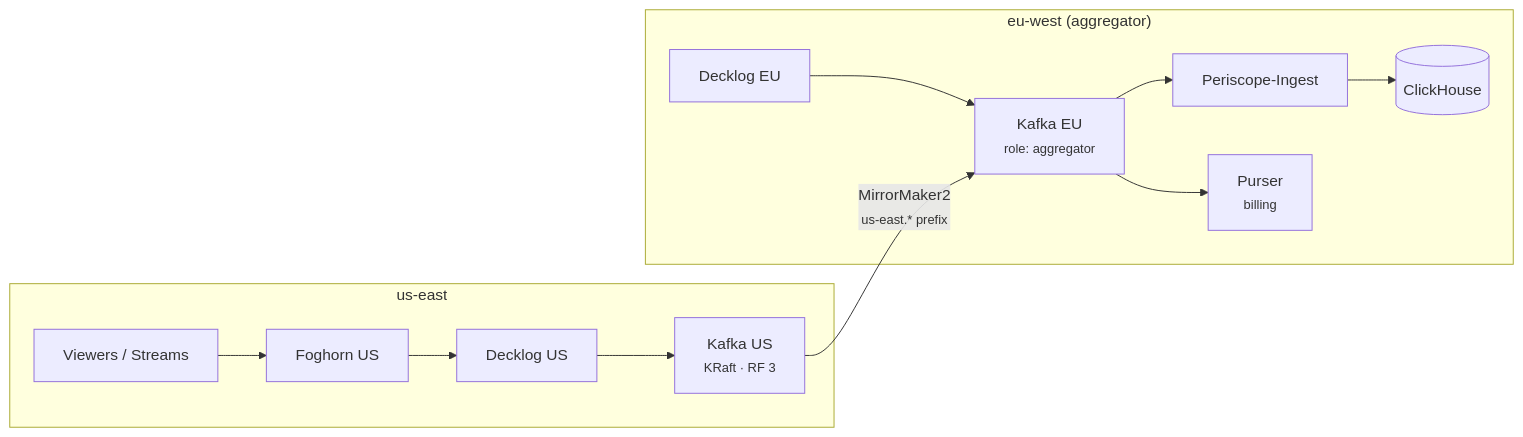
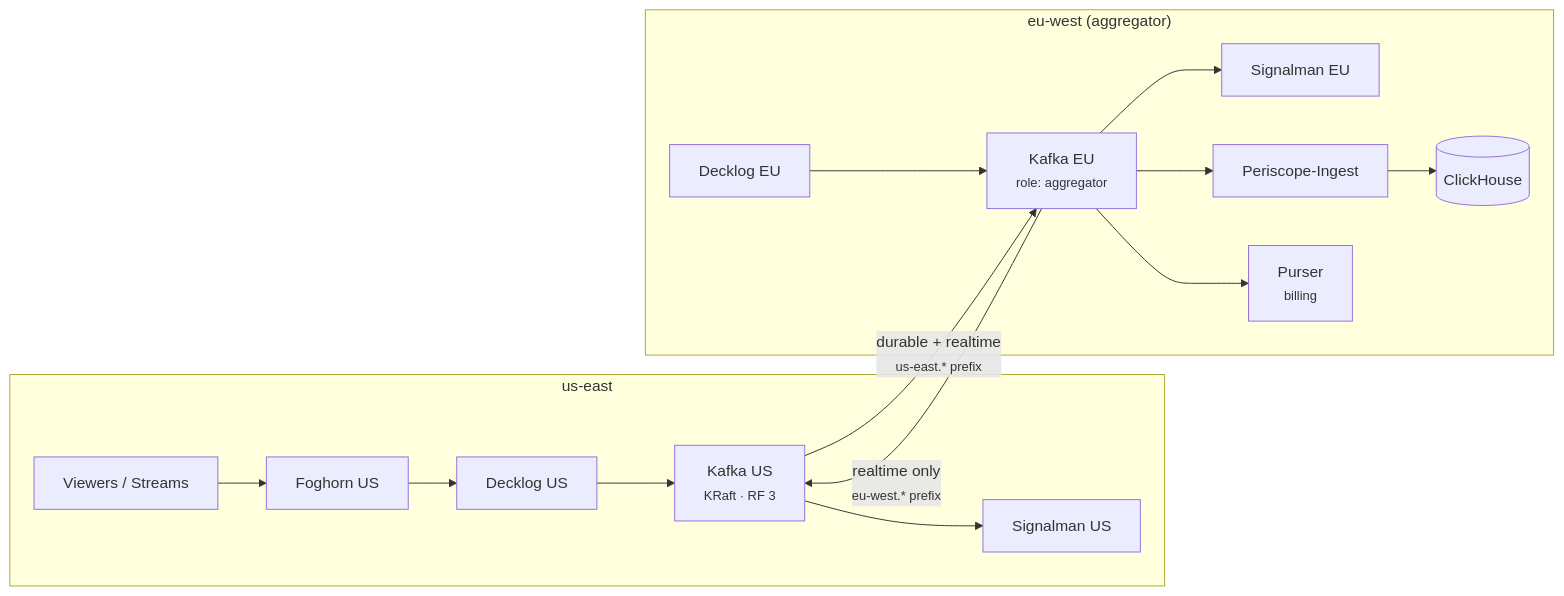
Before and after one commit to Livepeer-FrameWorks/monorepo: the diagram in website_docs/src/content/docs/blog/going-multi-region.mdx, drawn with Mermaid. The commit also changed other lines of this file and 539 other files, not shown here.

````diff
--- a/website_docs/src/content/docs/blog/going-multi-region.mdx
+++ b/website_docs/src/content/docs/blog/going-multi-region.mdx
@@ -32,15 +40,18 @@
 ```mermaid
 graph LR
     subgraph "us-east"
         USV["Viewers / Streams"] --> USF["Foghorn US"]
         USF --> USD["Decklog US"]
         USD --> USK["Kafka US<br/><small>KRaft · RF 3</small>"]
+        USK --> USS["Signalman US"]
     end
     subgraph "eu-west (aggregator)"
         EUD["Decklog EU"] --> EUK["Kafka EU<br/><small>role: aggregator</small>"]
-        USK -- "MirrorMaker2<br/><small>us-east.* prefix</small>" --> EUK
+        EUK --> EUS["Signalman EU"]
         EUK --> PI["Periscope-Ingest"]
         PI --> CH[("ClickHouse")]
         EUK --> PUR["Purser<br/><small>billing</small>"]
     end
+    USK -- "durable + realtime<br/><small>us-east.* prefix</small>" --> EUK
+    EUK -- "realtime only<br/><small>eu-west.* prefix</small>" --> USK
 ```
````
